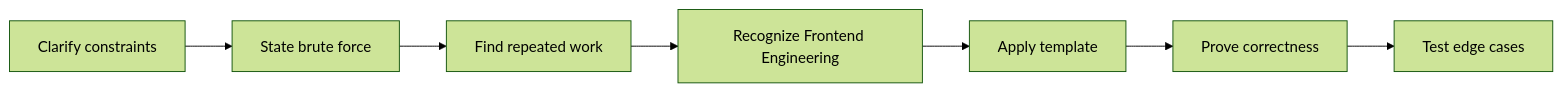
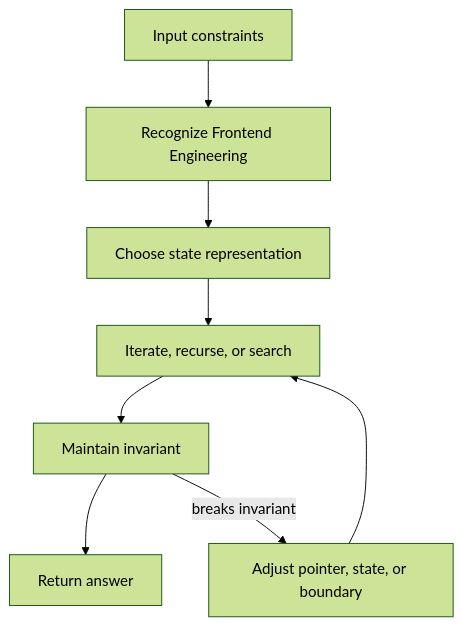
One commit to abstractinterviews/abstractinterviews.github.io changed the second of 2 diagrams in coding-round/company-tracks/frontend-engineering/index.md. Above: the diagram before and after it, drawn with Mermaid (forest theme). The commit also changed other lines of this file and 278 other files, not shown here.

````diff
--- a/coding-round/company-tracks/frontend-engineering/index.md
+++ b/coding-round/company-tracks/frontend-engineering/index.md
@@ -123,9 +121,10 @@
-~~~mermaid
-flowchart LR
-    A["Clarify constraints"] --> B["State brute force"]
-    B --> C["Find repeated work"]
-    C --> D["Recognize Frontend Engineering"]
-    D --> E["Apply template"]
-    E --> F["Prove correctness"]
-    F --> G["Test edge cases"]
-~~~
+```mermaid
+flowchart TD
+    Input["Input constraints"] --> Pattern["Recognize Frontend Engineering"]
+    Pattern --> State["Choose state representation"]
+    State --> Iterate["Iterate, recurse, or search"]
+    Iterate --> Check["Maintain invariant"]
+    Check --> Result["Return answer"]
+    Check -->|breaks invariant| Fix["Adjust pointer, state, or boundary"]
+    Fix --> Iterate
+```
````
